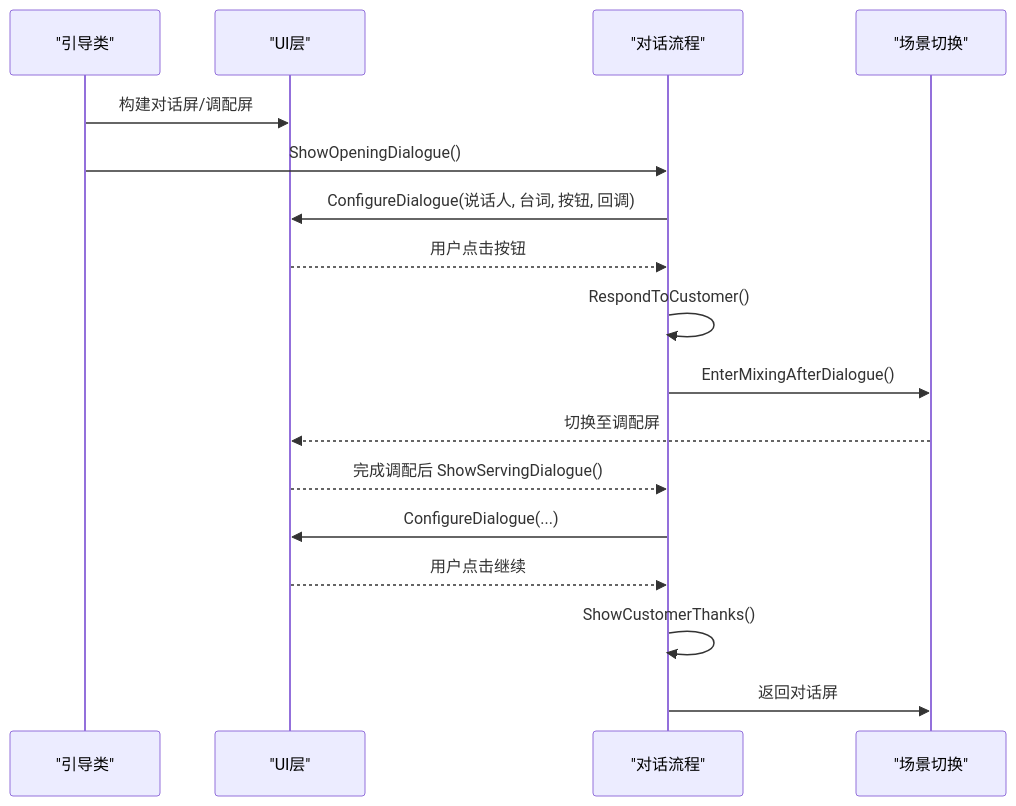
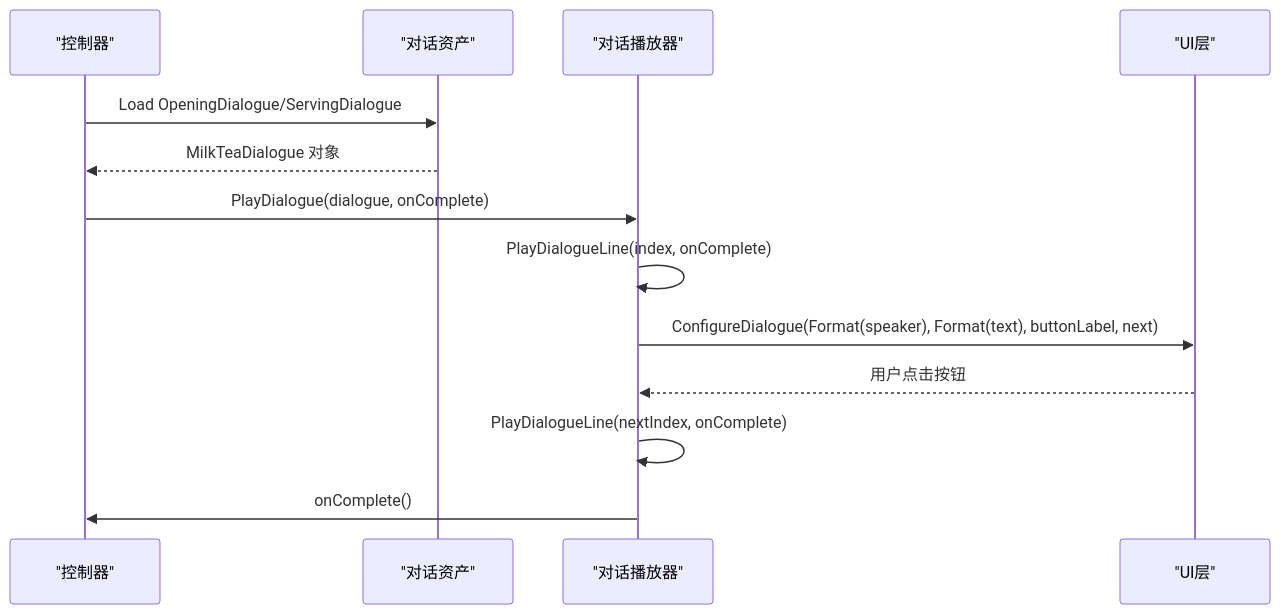
The second of 7 diagrams in .qoder/repowiki/zh/content/对话系统设计.md (Thanatos42/-demo), drawn with Mermaid before and after one commit. The commit also changed other lines of this file and 16 other files, not shown here.

````diff
--- a/.qoder/repowiki/zh/content/对话系统设计.md
+++ b/.qoder/repowiki/zh/content/对话系统设计.md
@@ -68,19 +86,15 @@
 ```mermaid
 sequenceDiagram
-participant Boot as "引导类"
+participant Controller as "控制器"
+participant Asset as "对话资产"
+participant Player as "对话播放器"
 participant UI as "UI层"
-participant Dialog as "对话流程"
-participant Scene as "场景切换"
-Boot->>UI : 构建对话屏/调配屏
-Boot->>Dialog : ShowOpeningDialogue()
-Dialog->>UI : ConfigureDialogue(说话人, 台词, 按钮, 回调)
-UI-->>Dialog : 用户点击按钮
-Dialog->>Dialog : RespondToCustomer()
-Dialog->>Scene : EnterMixingAfterDialogue()
-Scene-->>UI : 切换至调配屏
-UI-->>Dialog : 完成调配后 ShowServingDialogue()
-Dialog->>UI : ConfigureDialogue(...)
-UI-->>Dialog : 用户点击继续
-Dialog->>Dialog : ShowCustomerThanks()
-Dialog->>Scene : 返回对话屏
+Controller->>Asset : Load OpeningDialogue/ServingDialogue
+Asset-->>Controller : MilkTeaDialogue 对象
+Controller->>Player : PlayDialogue(dialogue, onComplete)
+Player->>Player : PlayDialogueLine(index, onComplete)
+Player->>UI : ConfigureDialogue(Format(speaker), Format(text), buttonLabel, next)
+UI-->>Player : 用户点击按钮
+Player->>Player : PlayDialogueLine(nextIndex, onComplete)
+Player->>Controller : onComplete()
 ```
````
